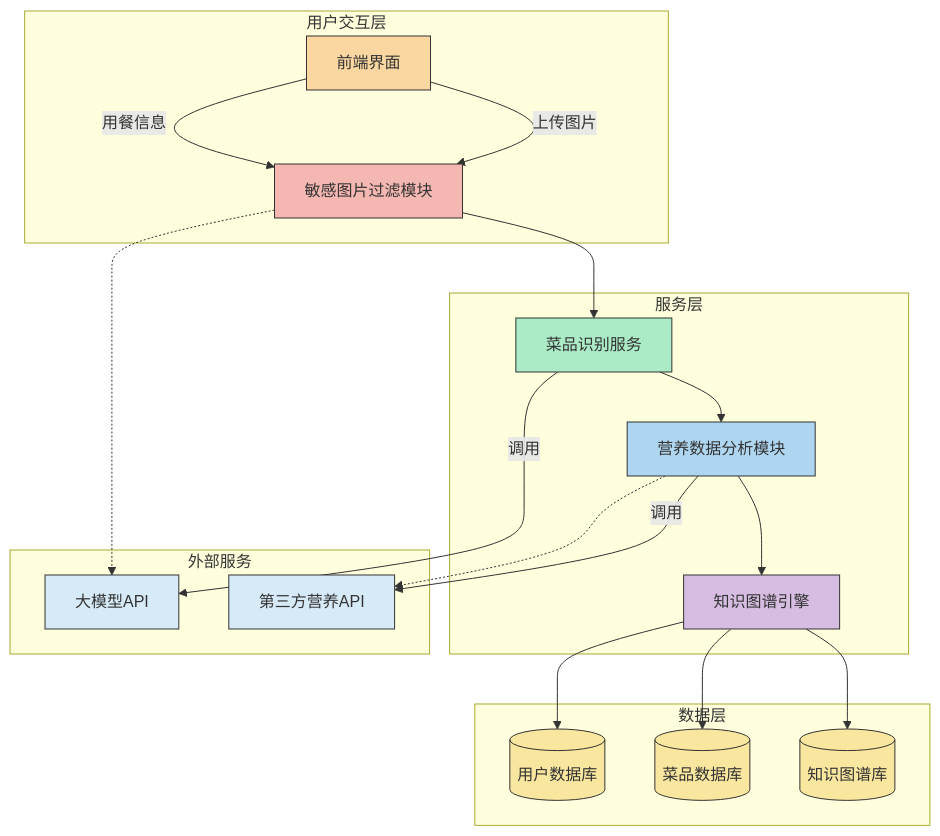
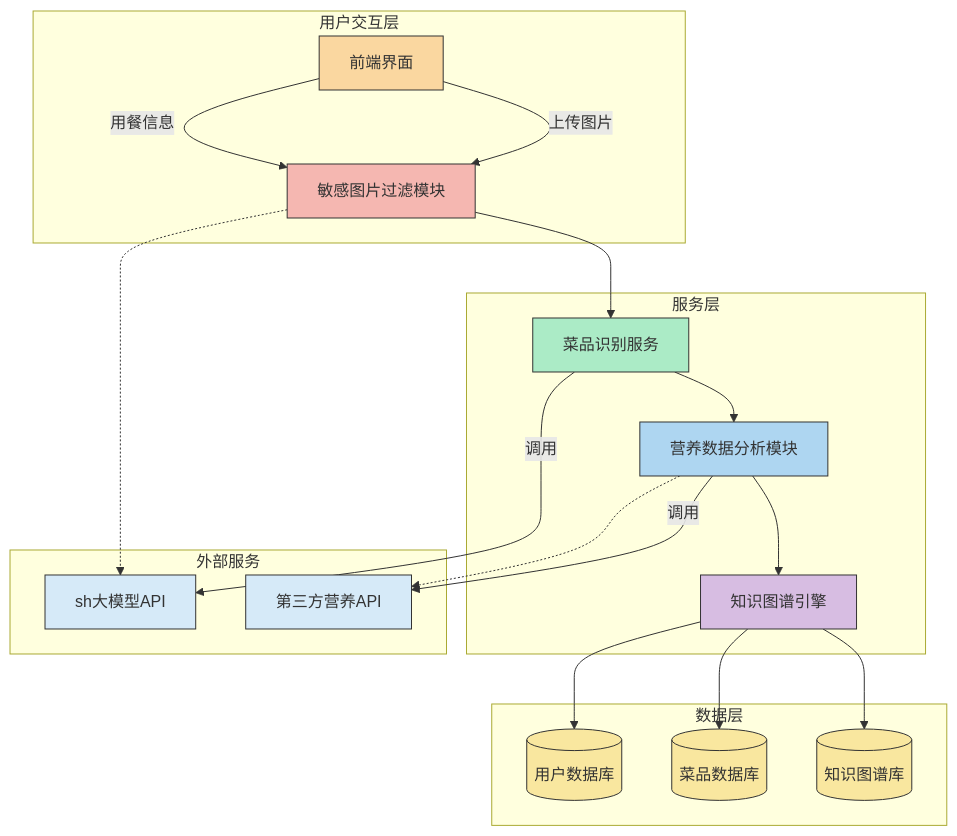
One commit to funnyData/iodraw-files changed the diagram in all/未命名-1.md. Above: the diagram before and after it, drawn with Mermaid.

Commit message:
2025-03-19 16:50:00 update

````diff
--- a/all/未命名-1.md
+++ b/all/未命名-1.md
@@ -1,39 +1,39 @@
 ```mermaid
 %% 系统架构图（基于网页1/3/4/6的流程图语法优化）
 flowchart TD
     subgraph 用户交互层
         A[前端界面] -->|用餐信息| B[敏感图片过滤模块]
         style A fill:#FAD7A0,stroke:#333
         style B fill:#F5B7B1,stroke:#333
     end
 
     subgraph 服务层
         B --> C[菜品识别服务]
         C --> D[营养数据分析模块]
         D --> E[知识图谱引擎]
         style C fill:#ABEBC6,stroke:#333
         style D fill:#AED6F1,stroke:#333
         style E fill:#D7BDE2,stroke:#333
     end
 
     subgraph 数据层
         E --> F[(用户数据库)]
         E --> G[(菜品数据库)]
         E --> H[(知识图谱库)]
         style F fill:#F9E79F,stroke:#333,shape:cylinder
         style G fill:#F9E79F,stroke:#333,shape:cylinder
         style H fill:#F9E79F,stroke:#333,shape:cylinder
     end
 
     subgraph 外部服务
-        B -.-> I[大模型API]
+        B -.-> I[sh大模型API]
         D -.-> J[第三方营养API]
         style I fill:#D6EAF8,stroke:#333
         style J fill:#D6EAF8,stroke:#333
     end
 
 
     A -->|上传图片| B
     C -->|调用| I
     D -->|调用| J
 ```
````
